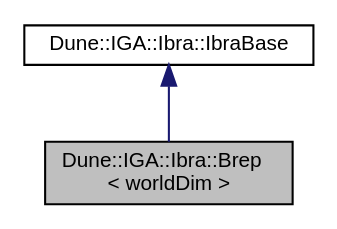
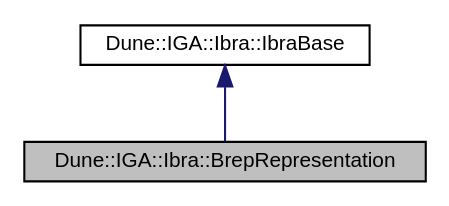
One commit to rath3t/dune-iga-doc changed the diagram in d1/d17/a01369.dot. Above: the diagram before and after it, drawn with Graphviz. The commit also changed 968 other files, not shown here.

Commit message:
deploy: rath3t/dune-iga@f2dbb65936e775b6f4d62a33cb2082f06c7ffcd6

```diff
--- a/d1/d17/a01369.dot
+++ b/d1/d17/a01369.dot
@@ -1,9 +1,9 @@
-digraph "Dune::IGA::Ibra::Brep&lt; worldDim &gt;"
+digraph "Dune::IGA::Ibra::BrepRepresentation"
 {
  // LATEX_PDF_SIZE
   edge [fontname="Helvetica",fontsize="10",labelfontname="Helvetica",labelfontsize="10"];
   node [fontname="Helvetica",fontsize="10",shape=record];
-  Node1 [label="Dune::IGA::Ibra::Brep\l\< worldDim \>",height=0.2,width=0.4,color="black", fillcolor="grey75", style="filled", fontcolor="black",tooltip=" "];
+  Node1 [label="Dune::IGA::Ibra::BrepRepresentation",height=0.2,width=0.4,color="black", fillcolor="grey75", style="filled", fontcolor="black",tooltip=" "];
   Node2 -> Node1 [dir="back",color="midnightblue",fontsize="10",style="solid",fontname="Helvetica"];
-  Node2 [label="Dune::IGA::Ibra::IbraBase",height=0.2,width=0.4,color="black", fillcolor="white", style="filled",URL="$d5/da0/a01342.html",tooltip=" "];
+  Node2 [label="Dune::IGA::Ibra::IbraBase",height=0.2,width=0.4,color="black", fillcolor="white", style="filled",URL="$d9/de4/a01346.html",tooltip=" "];
 }
```
